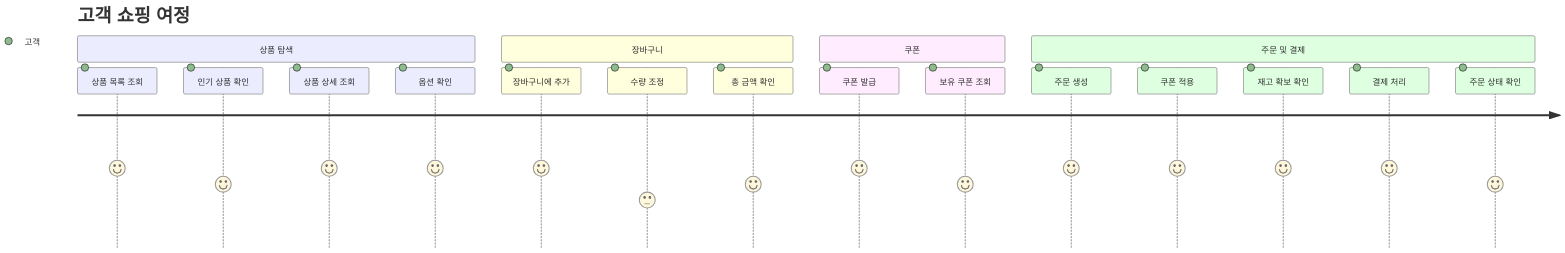
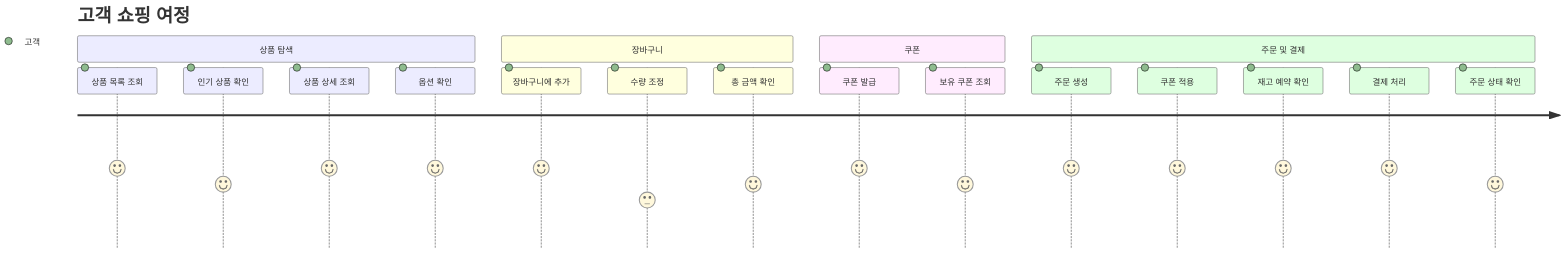
One commit to ywj3493/hhplus-e-commerce changed the ninth of 9 diagrams in docs/dev/dashboard/user-stories.md. Above: the diagram before and after it, drawn with Mermaid. The commit also changed other lines of this file and 4 other files, not shown here.

````diff
--- a/docs/dev/dashboard/user-stories.md
+++ b/docs/dev/dashboard/user-stories.md
@@ -1182,22 +1182,22 @@
 ```mermaid
 journey
     title 고객 쇼핑 여정
     section 상품 탐색
       상품 목록 조회: 5: 고객
       인기 상품 확인: 4: 고객
       상품 상세 조회: 5: 고객
       옵션 확인: 5: 고객
     section 장바구니
       장바구니에 추가: 5: 고객
       수량 조정: 3: 고객
       총 금액 확인: 4: 고객
     section 쿠폰
       쿠폰 발급: 5: 고객
       보유 쿠폰 조회: 4: 고객
     section 주문 및 결제
       주문 생성: 5: 고객
       쿠폰 적용: 5: 고객
-      재고 확보 확인: 5: 고객
+      재고 예약 확인: 5: 고객
       결제 처리: 5: 고객
       주문 상태 확인: 4: 고객
 ```
````
